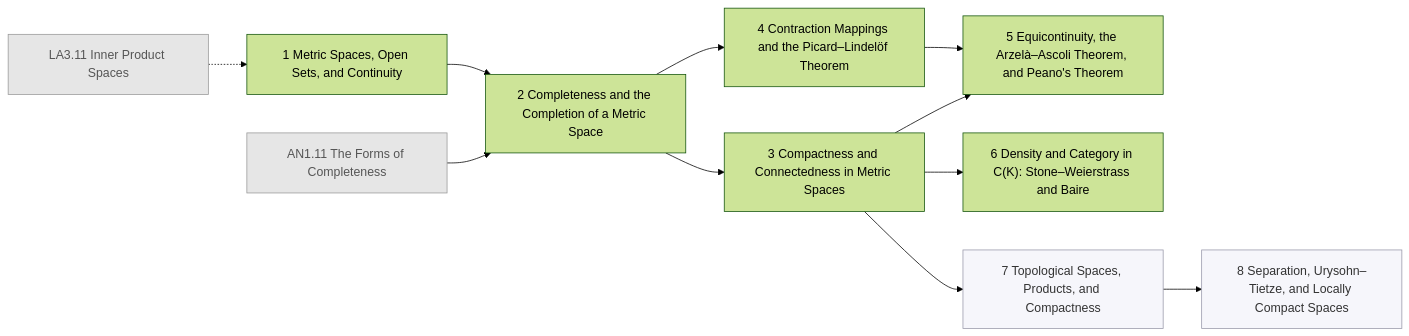
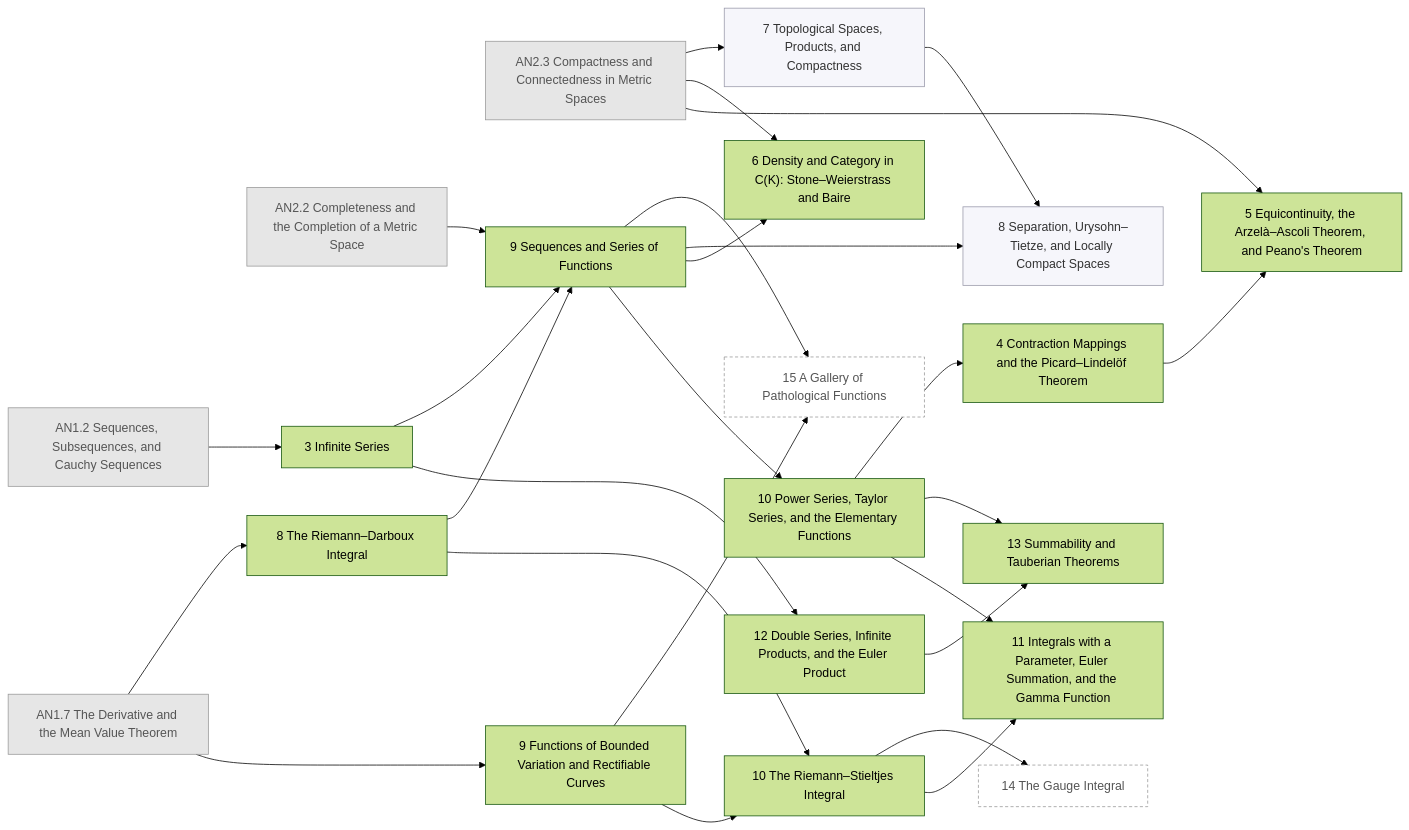
One commit to AkizumiFox/math-atlas changed diagram 14 of 30 in generated/README.md. Above: the diagram before and after it, drawn with Mermaid (forest theme). The commit also changed other lines of this file and 41 other files, not shown here.

````diff
--- a/generated/README.md
+++ b/generated/README.md
@@ -316,26 +385,51 @@
 ```mermaid
 flowchart LR
-  AN1_11["AN1.11 The Forms of Completeness"]:::ext
-  LA3_11["LA3.11 Inner Product Spaces"]:::ext
-  AN2_1["1 Metric Spaces, Open Sets, and Continuity"]
-  AN2_2["2 Completeness and the Completion of a Metric Space"]
-  AN2_3["3 Compactness and Connectedness in Metric Spaces"]
+  AN1_2["AN1.2 Sequences, Subsequences, and Cauchy Sequences"]:::ext
+  AN2_2["AN2.2 Completeness and the Completion of a Metric Space"]:::ext
+  AN2_3["AN2.3 Compactness and Connectedness in Metric Spaces"]:::ext
+  AN1_7["AN1.7 The Derivative and the Mean Value Theorem"]:::ext
+  AN2_9["9 Functions of Bounded Variation and Rectifiable Curves"]
+  AN1_8["8 The Riemann–Darboux Integral"]
+  AN2_10["10 The Riemann–Stieltjes Integral"]
+  AN1_3["3 Infinite Series"]
+  AN2_12["12 Double Series, Infinite Products, and the Euler Product"]
+  AN1_9["9 Sequences and Series of Functions"]
+  AN1_10["10 Power Series, Taylor Series, and the Elementary Functions"]
+  AN2_11["11 Integrals with a Parameter, Euler Summation, and the Gamma Function"]
+  AN2_13["13 Summability and Tauberian Theorems"]
   AN2_4["4 Contraction Mappings and the Picard–Lindelöf Theorem"]
   AN2_5["5 Equicontinuity, the Arzelà–Ascoli Theorem, and Peano's Theorem"]
   AN2_6["6 Density and Category in C(K): Stone–Weierstrass and Baire"]
   AN2_7["7 Topological Spaces, Products, and Compactness"]:::segb
   AN2_8["8 Separation, Urysohn–Tietze, and Locally Compact Spaces"]:::segb
-  LA3_11 -.-> AN2_1
-  AN1_11 --> AN2_2
-  AN2_1 --> AN2_2
-  AN2_2 --> AN2_3
-  AN2_2 --> AN2_4
+  AN2_14["14 The Gauge Integral"]:::opt
+  AN2_15["15 A Gallery of Pathological Functions"]:::opt
+  AN1_7 --> AN2_9
+  AN1_7 --> AN1_8
+  AN2_9 --> AN2_10
+  AN1_8 --> AN2_10
+  AN1_2 --> AN1_3
+  AN1_3 --> AN2_12
+  AN2_2 --> AN1_9
+  AN1_8 --> AN1_9
+  AN1_3 --> AN1_9
+  AN1_9 --> AN1_10
+  AN2_10 --> AN2_11
+  AN1_10 --> AN2_11
+  AN2_12 --> AN2_13
+  AN1_10 --> AN2_13
+  AN1_10 --> AN2_4
   AN2_3 --> AN2_5
   AN2_4 --> AN2_5
   AN2_3 --> AN2_6
+  AN1_9 --> AN2_6
   AN2_3 --> AN2_7
+  AN1_9 --> AN2_8
   AN2_7 --> AN2_8
+  AN2_10 --> AN2_14
+  AN2_9 --> AN2_15
+  AN1_9 --> AN2_15
   classDef ext fill:#e6e6e6,stroke:#999,color:#555
   classDef opt fill:#fff,stroke:#999,stroke-dasharray:4 3,color:#555
   classDef segb fill:#f6f6fb,stroke:#99a,color:#333
 ```
````
